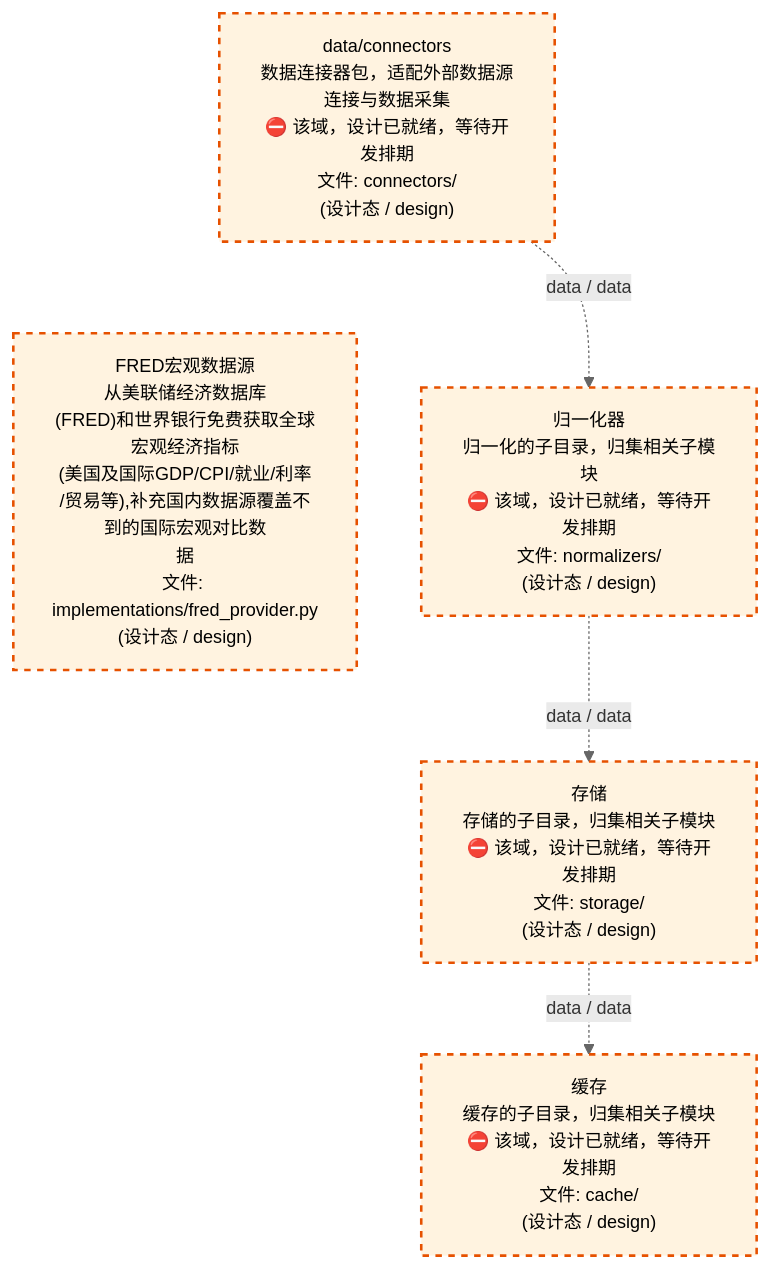
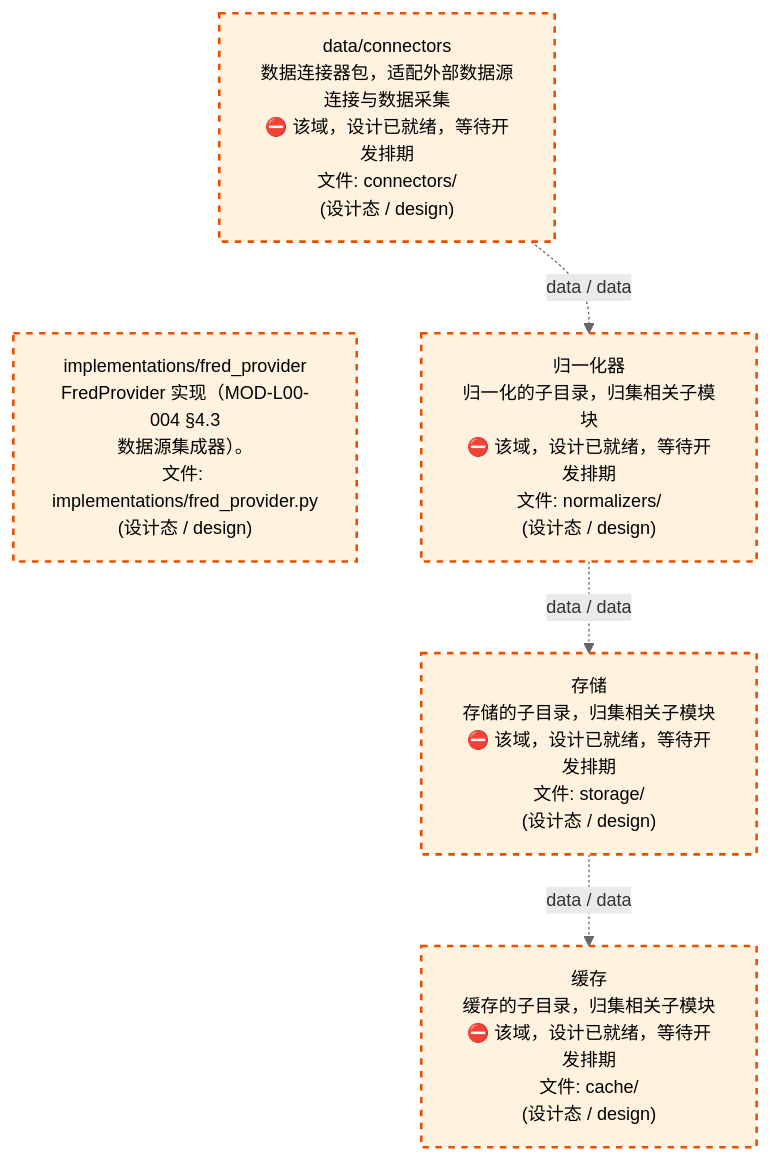
Before and after one commit to xuanFelixVan/ZephyrAlpha: the third of 4 diagrams in docs/02_enterprise_architecture/02_domain_architecture_docs/11_d_data.md, drawn with Mermaid. The commit also changed other lines of this file and 51 other files, not shown here.

````diff
--- a/docs/02_enterprise_architecture/02_domain_architecture_docs/11_d_data.md
+++ b/docs/02_enterprise_architecture/02_domain_architecture_docs/11_d_data.md
@@ -1331,18 +1331,18 @@
 ```mermaid
 %%{init: {'theme': 'base', 'themeVariables': {'primaryColor': '#eaeaea', 'primaryTextColor': '#333333', 'primaryBorderColor': '#666666', 'lineColor': '#666666', 'secondaryColor': '#eaeaea', 'tertiaryColor': '#eaeaea', 'fontSize': '14px'}}}%%
 flowchart TD
     src_zephyr_data_connectors["data/connectors<br/>数据连接器包，适配外部数据源连接与数据采集<br/>⛔ 该域，设计已就绪，等待开发排期<br/>文件: connectors/<br/>(设计态 / design)"]
-    src_zephyr_data_implementations_fred_provider_py["FRED宏观数据源<br/>从美联储经济数据库<br/>(FRED)和世界银行免费获取全球宏观经济指标<br/>(美国及国际GDP/CPI/就业/利率<br/>/贸易等),补充国内数据源覆盖不到的国际宏观对比数<br/>据<br/>文件: implementations/fred_provider.py<br/>(设计态 / design)"]
+    src_zephyr_data_implementations_fred_provider_py["implementations/fred_provider<br/>FredProvider 实现（MOD-L00-004 §4.3<br/>数据源集成器）。<br/>文件: implementations/fred_provider.py<br/>(设计态 / design)"]
     src_zephyr_data_connectors ~~~ src_zephyr_data_implementations_fred_provider_py
     src_zephyr_data_normalizers["归一化器<br/>归一化的子目录，归集相关子模块<br/>⛔ 该域，设计已就绪，等待开发排期<br/>文件: normalizers/<br/>(设计态 / design)"]
     src_zephyr_data_storage["存储<br/>存储的子目录，归集相关子模块<br/>⛔ 该域，设计已就绪，等待开发排期<br/>文件: storage/<br/>(设计态 / design)"]
     src_zephyr_data_cache["缓存<br/>缓存的子目录，归集相关子模块<br/>⛔ 该域，设计已就绪，等待开发排期<br/>文件: cache/<br/>(设计态 / design)"]
     src_zephyr_data_connectors -.->|data / data| src_zephyr_data_normalizers
     src_zephyr_data_normalizers -.->|data / data| src_zephyr_data_storage
     src_zephyr_data_storage -.->|data / data| src_zephyr_data_cache
     classDef production fill:#e1f5fe,stroke:#01579b,stroke-width:2px,color:#000
     classDef design fill:#fff3e0,stroke:#e65100,stroke-width:2px,color:#000,stroke-dasharray: 5 5
     classDef external_prod fill:#e8f4fd,stroke:#0277bd,stroke-width:1px,color:#000
     classDef external_design fill:#fff8e7,stroke:#ef6c00,stroke-width:1px,color:#000,stroke-dasharray: 5 5
     class src_zephyr_data_cache,src_zephyr_data_connectors,src_zephyr_data_implementations_fred_provider_py,src_zephyr_data_normalizers,src_zephyr_data_storage design
 ```
````
